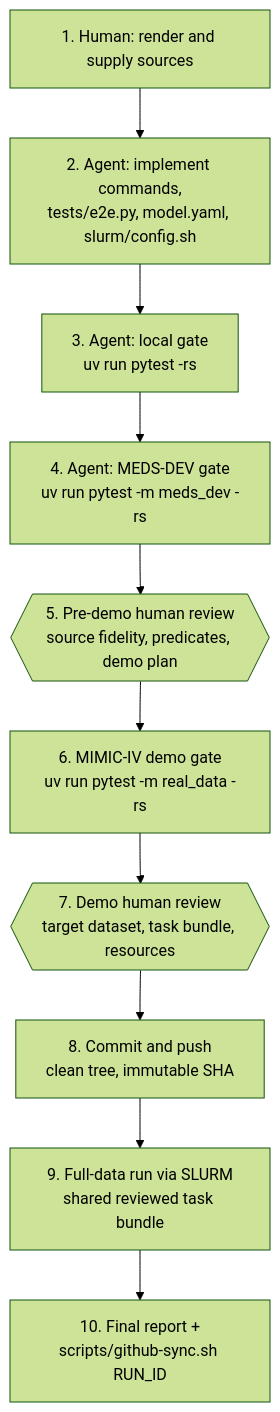
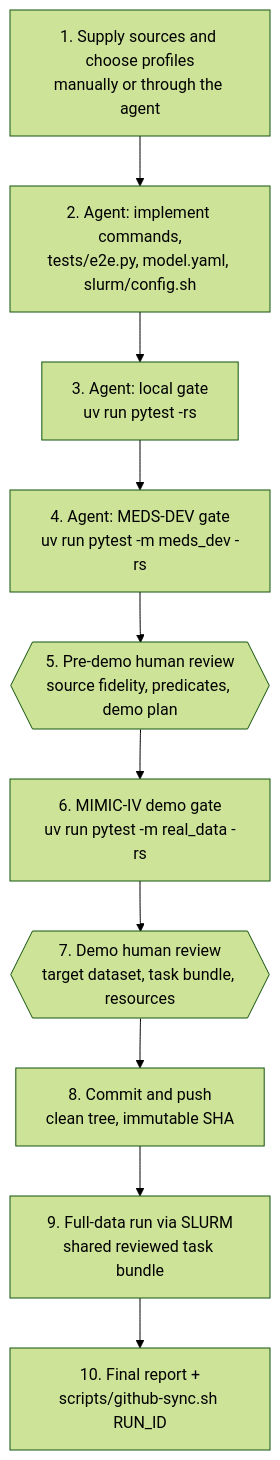
One commit to McDermottHealthAI/MEDS_algorithm_template changed the diagram in docs/workflow.md. Above: the diagram before and after it, drawn with Mermaid (forest theme). The commit also changed other lines of this file and 18 other files, not shown here.

````diff
--- a/docs/workflow.md
+++ b/docs/workflow.md
@@ -8,12 +8,12 @@
 ```mermaid
 flowchart TD
-    r[1. Human: render and supply sources] --> i[2. Agent: implement commands,<br/>tests/e2e.py, model.yaml, slurm/config.sh]
+    r[1. Supply sources and choose profiles<br/>manually or through the agent] --> i[2. Agent: implement commands,<br/>tests/e2e.py, model.yaml, slurm/config.sh]
     i --> g1[3. Agent: local gate<br/>uv run pytest -rs]
     g1 --> g2[4. Agent: MEDS-DEV gate<br/>uv run pytest -m meds_dev -rs]
     g2 --> h1{{5. Pre-demo human review<br/>source fidelity, predicates, demo plan}}
     h1 --> g3[6. MIMIC-IV demo gate<br/>uv run pytest -m real_data -rs]
     g3 --> h2{{7. Demo human review<br/>target dataset, task bundle, resources}}
     h2 --> c[8. Commit and push<br/>clean tree, immutable SHA]
     c --> f[9. Full-data run via SLURM<br/>shared reviewed task bundle]
     f --> rep[10. Final report +<br/>scripts/github-sync.sh RUN_ID]
 ```
````
